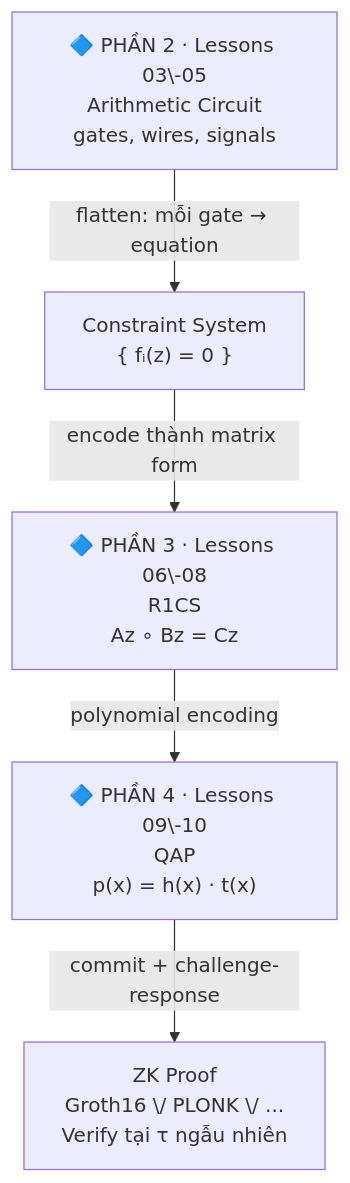
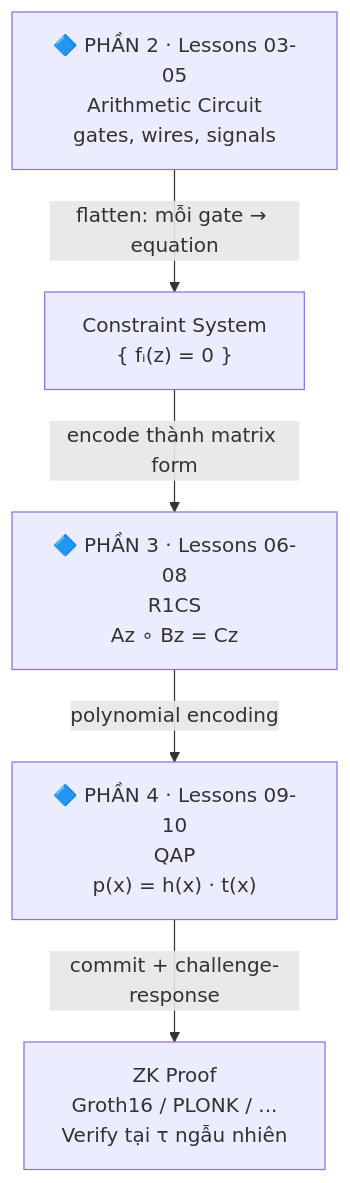
One commit to nhatminh65537/kitsu-quartz changed the third of 3 diagrams in content/zkverify-series/arithmetic-circuits/05-constraint-systems-overview.md. Above: the diagram before and after it, drawn with Mermaid. The commit also changed other lines of this file and 127 other files, not shown here.

````diff
--- a/content/zkverify-series/arithmetic-circuits/05-constraint-systems-overview.md
+++ b/content/zkverify-series/arithmetic-circuits/05-constraint-systems-overview.md
@@ -214,13 +206,13 @@
 ```mermaid
 flowchart TD
-    A["🔷 PHẦN 2 · Lessons 03\-05<br>Arithmetic Circuit<br>gates, wires, signals"]
+    A["🔷 PHẦN 2 · Lessons 03-05<br>Arithmetic Circuit<br>gates, wires, signals"]
     B["Constraint System<br>{ fᵢ(z) = 0 }"]
-    C["🔷 PHẦN 3 · Lessons 06\-08<br>R1CS<br>Az ∘ Bz = Cz"]
-    D["🔷 PHẦN 4 · Lessons 09\-10<br>QAP<br>p(x) = h(x) · t(x)"]
-    E["ZK Proof\nGroth16 \/ PLONK \/ ...<br>Verify tại τ ngẫu nhiên"]
+    C["🔷 PHẦN 3 · Lessons 06-08<br>R1CS<br>Az ∘ Bz = Cz"]
+    D["🔷 PHẦN 4 · Lessons 09-10<br>QAP<br>p(x) = h(x) · t(x)"]
+    E["ZK Proof<br>Groth16 / PLONK / ...<br>Verify tại τ ngẫu nhiên"]
 
     A -->|"flatten: mỗi gate → equation"| B
     B -->|"encode thành matrix form"| C
     C -->|"polynomial encoding"| D
     D -->|"commit + challenge-response"| E
 ```
````
